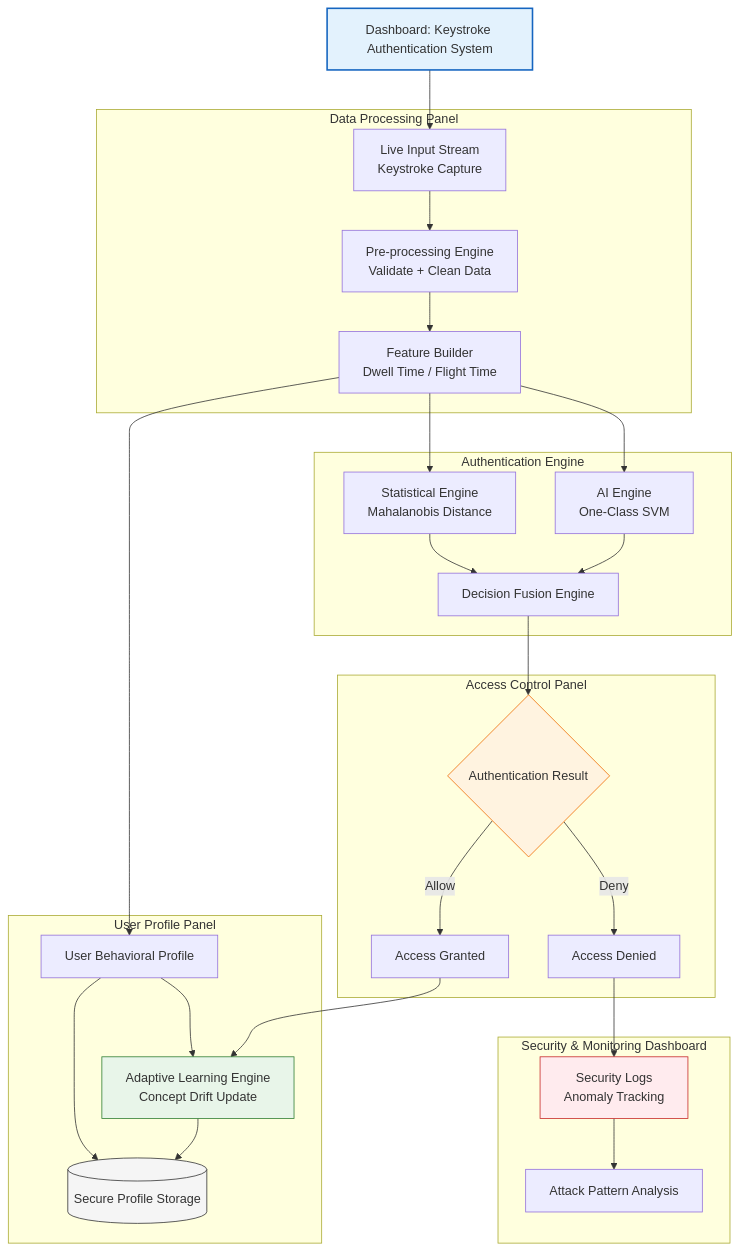
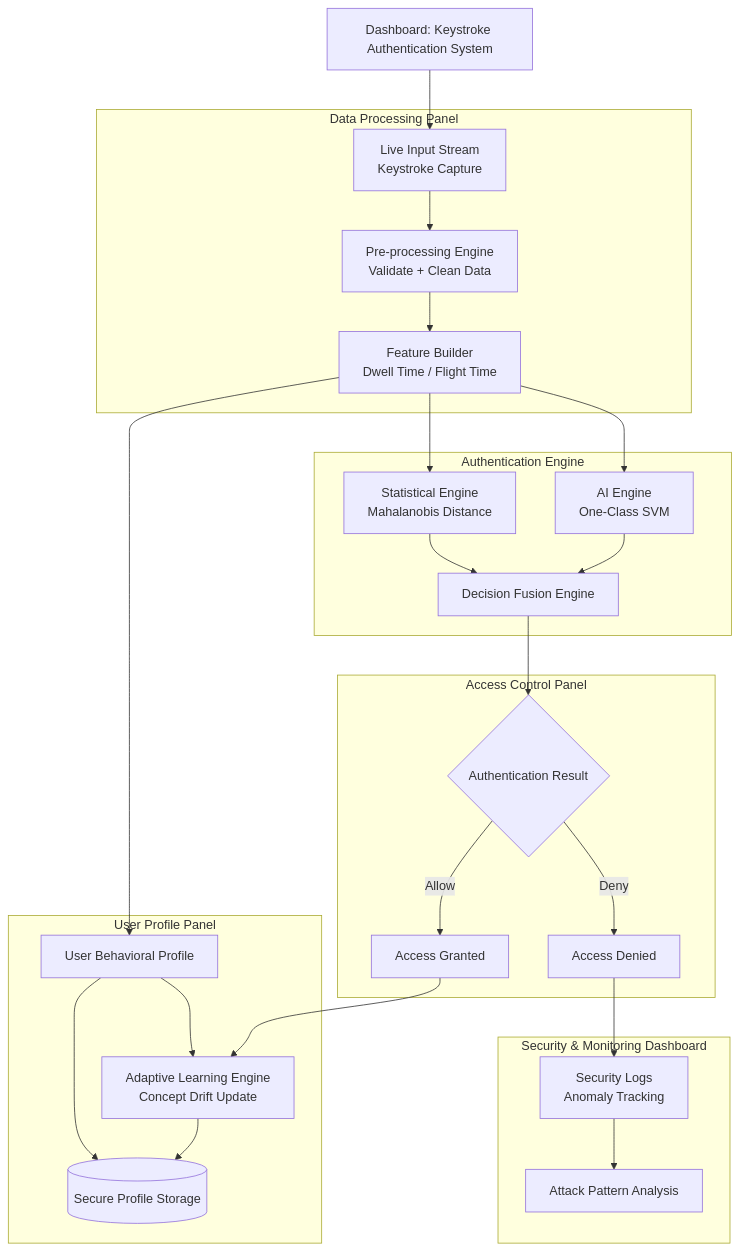
Before and after one commit to bmarzky/keystroke-login: the diagram in README.md, drawn with Mermaid.

Commit message:
docs: remove colors from architecture diagram for a clean B&W look

````diff
--- a/README.md
+++ b/README.md
@@ -14,74 +14,66 @@
 ```mermaid
 graph TD
 
 %% =========================
 %% DASHBOARD ENTRY
 %% =========================
 UI[Dashboard: Keystroke Authentication System]
 
 UI --> IN[Live Input Stream<br/>Keystroke Capture]
 
 %% =========================
 %% DATA PROCESSING PANEL
 %% =========================
 subgraph PANEL1["Data Processing Panel"]
     IN --> CLEAN[Pre-processing Engine<br/>Validate + Clean Data]
     CLEAN --> FEATURE[Feature Builder<br/>Dwell Time / Flight Time]
 end
 
 %% =========================
 %% PROFILE PANEL
 %% =========================
 subgraph PANEL2["User Profile Panel"]
     FEATURE --> PROFILE[User Behavioral Profile]
     PROFILE --> DB[(Secure Profile Storage)]
     PROFILE --> ADAPT[Adaptive Learning Engine<br/>Concept Drift Update]
 end
 
 %% =========================
 %% AI & STATISTICAL ENGINE
 %% =========================
 subgraph PANEL3["Authentication Engine"]
     FEATURE --> STAT[Statistical Engine<br/>Mahalanobis Distance]
     FEATURE --> ML[AI Engine<br/>One-Class SVM]
 
     STAT --> DECISION_ENGINE
     ML --> DECISION_ENGINE
 end
 
 DECISION_ENGINE[Decision Fusion Engine]
 
 %% =========================
 %% ACCESS CONTROL PANEL
 %% =========================
 subgraph PANEL4["Access Control Panel"]
     DECISION_ENGINE --> RESULT{Authentication Result}
 
     RESULT -->|Allow| SUCCESS[Access Granted]
     RESULT -->|Deny| FAIL[Access Denied]
 end
 
 %% =========================
 %% SECURITY & MONITORING
 %% =========================
 subgraph PANEL5["Security & Monitoring Dashboard"]
     FAIL --> LOG[Security Logs<br/>Anomaly Tracking]
     SUCCESS --> ADAPT
 
     LOG --> ANALYSIS[Attack Pattern Analysis]
 end
 
 %% =========================
 %% FEEDBACK LOOP
 %% =========================
 ADAPT --> DB
 
-%% =========================
-%% UI STYLE NOTES
-%% =========================
-style UI fill:#e3f2fd,stroke:#1565c0,stroke-width:2px
-style DB fill:#f5f5f5,stroke:#333
-style LOG fill:#ffebee,stroke:#c62828
-style ADAPT fill:#e8f5e9,stroke:#2e7d32
-style RESULT fill:#fff3e0,stroke:#ef6c00
 ```
````
